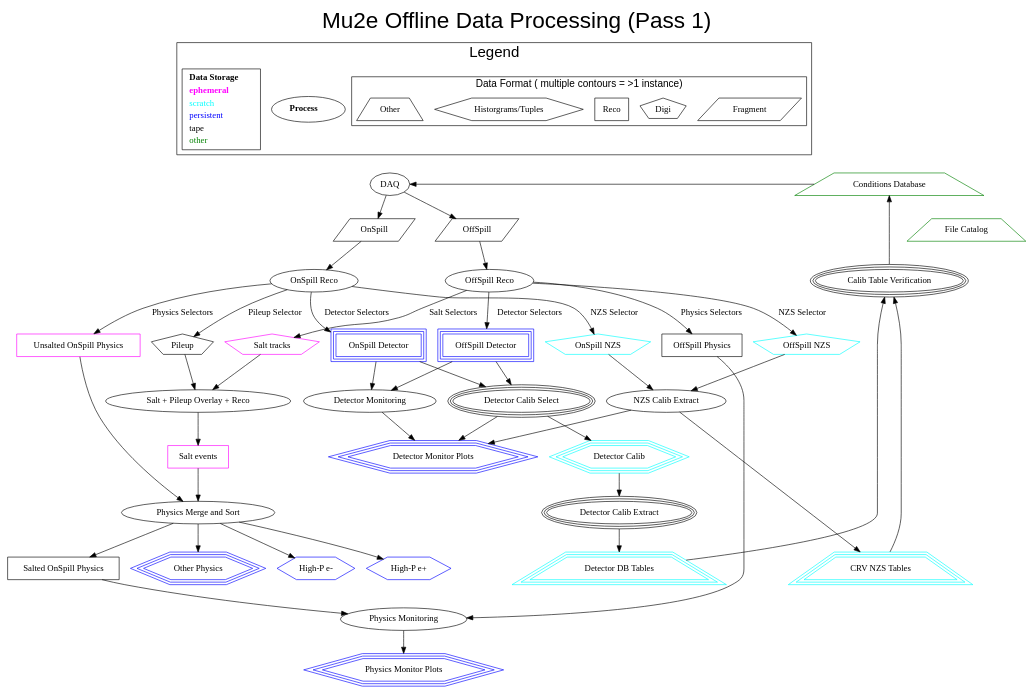
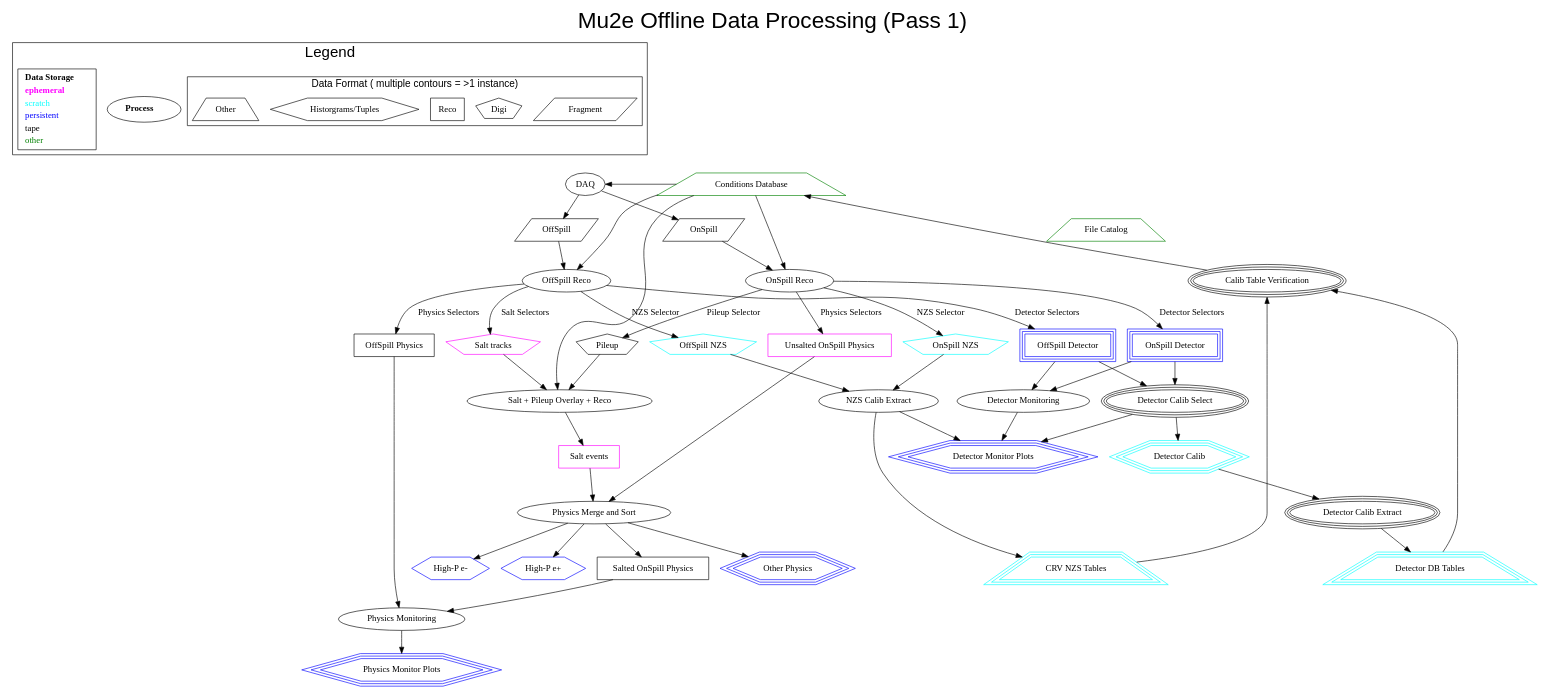
One commit to sophiemiddleton/Production changed the diagram in Documents/pass1.dot. Above: the diagram before and after it, drawn with Graphviz. The commit also changed 2 other files, not shown here.

Commit message:
Add conditions dependencies

```diff
--- a/Documents/pass1.dot
+++ b/Documents/pass1.dot
@@ -233,7 +233,10 @@
   {rank=same DetDBTable NZSDBTable}
 
   ConditionsDB -> DAQ [constraint=false];
-  other->DAQ [penwidth=0.0,arrowsize=0.0];
+  ConditionsDB -> OnSpillReco;
+  ConditionsDB -> OffSpillReco;
+  ConditionsDB -> SaltOverlay;
+  raw->DAQ [penwidth=0.0,arrowsize=0.0];
   DAQ->OffSpillFragments;
   DAQ->OnSpillFragments;
   OffSpillFragments -> OffSpillReco;
```
